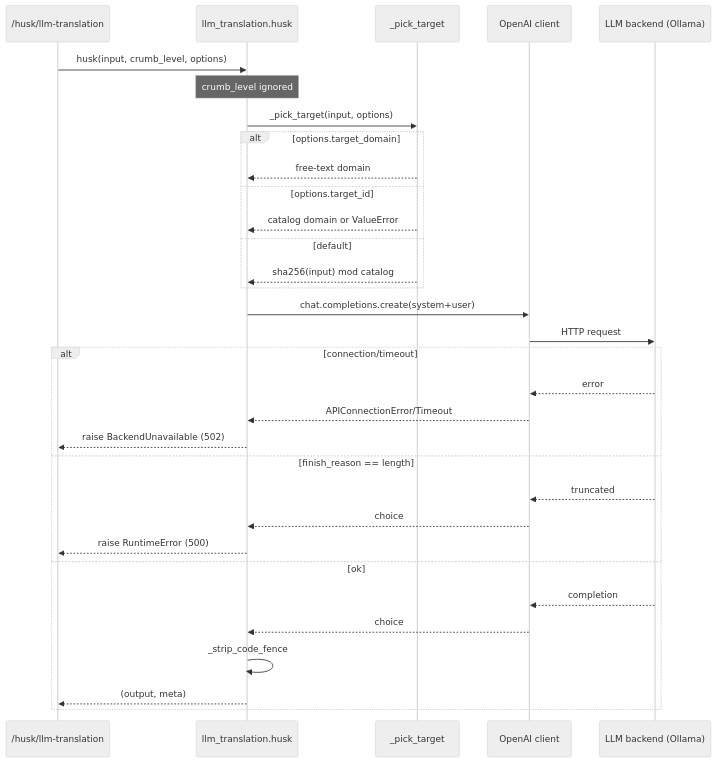
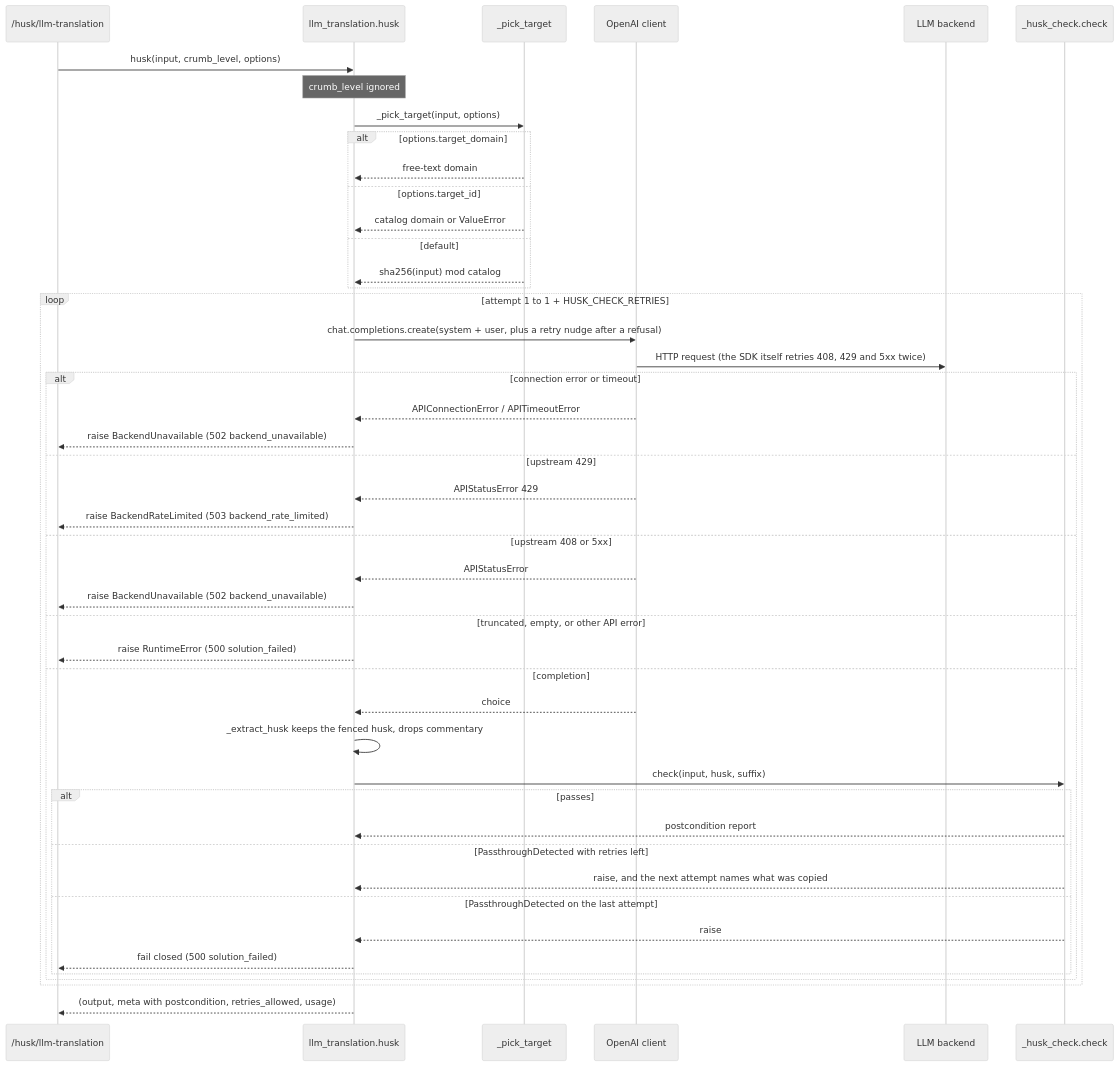
The diagram in docs/architecture/diagrams/seq-llm.mmd (jchigg2000-git/effigy), drawn with Mermaid (neutral theme) before and after one commit. The commit also changed 57 other files, not shown here.

```diff
--- a/docs/architecture/diagrams/seq-llm.mmd
+++ b/docs/architecture/diagrams/seq-llm.mmd
@@ -1,33 +1,47 @@
 sequenceDiagram
     participant API as /husk/llm-translation
     participant H as llm_translation.husk
     participant P as _pick_target
     participant C as OpenAI client
-    participant B as LLM backend (Ollama)
+    participant B as LLM backend
+    participant G as _husk_check.check
 
     API->>H: husk(input, crumb_level, options)
     Note over H: crumb_level ignored
     H->>P: _pick_target(input, options)
     alt options.target_domain
         P-->>H: free-text domain
     else options.target_id
         P-->>H: catalog domain or ValueError
     else default
         P-->>H: sha256(input) mod catalog
     end
-    H->>C: chat.completions.create(system+user)
-    C->>B: HTTP request
-    alt connection/timeout
-        B-->>C: error
-        C-->>H: APIConnectionError/Timeout
-        H-->>API: raise BackendUnavailable (502)
-    else finish_reason == length
-        B-->>C: truncated
-        C-->>H: choice
-        H-->>API: raise RuntimeError (500)
-    else ok
-        B-->>C: completion
-        C-->>H: choice
-        H->>H: _strip_code_fence
-        H-->>API: (output, meta)
+    loop attempt 1 to 1 + HUSK_CHECK_RETRIES
+        H->>C: chat.completions.create(system + user, plus a retry nudge after a refusal)
+        C->>B: HTTP request (the SDK itself retries 408, 429 and 5xx twice)
+        alt connection error or timeout
+            C-->>H: APIConnectionError / APITimeoutError
+            H-->>API: raise BackendUnavailable (502 backend_unavailable)
+        else upstream 429
+            C-->>H: APIStatusError 429
+            H-->>API: raise BackendRateLimited (503 backend_rate_limited)
+        else upstream 408 or 5xx
+            C-->>H: APIStatusError
+            H-->>API: raise BackendUnavailable (502 backend_unavailable)
+        else truncated, empty, or other API error
+            H-->>API: raise RuntimeError (500 solution_failed)
+        else completion
+            C-->>H: choice
+            H->>H: _extract_husk keeps the fenced husk, drops commentary
+            H->>G: check(input, husk, suffix)
+            alt passes
+                G-->>H: postcondition report
+            else PassthroughDetected with retries left
+                G-->>H: raise, and the next attempt names what was copied
+            else PassthroughDetected on the last attempt
+                G-->>H: raise
+                H-->>API: fail closed (500 solution_failed)
+            end
+        end
     end
+    H-->>API: (output, meta with postcondition, retries_allowed, usage)
```
